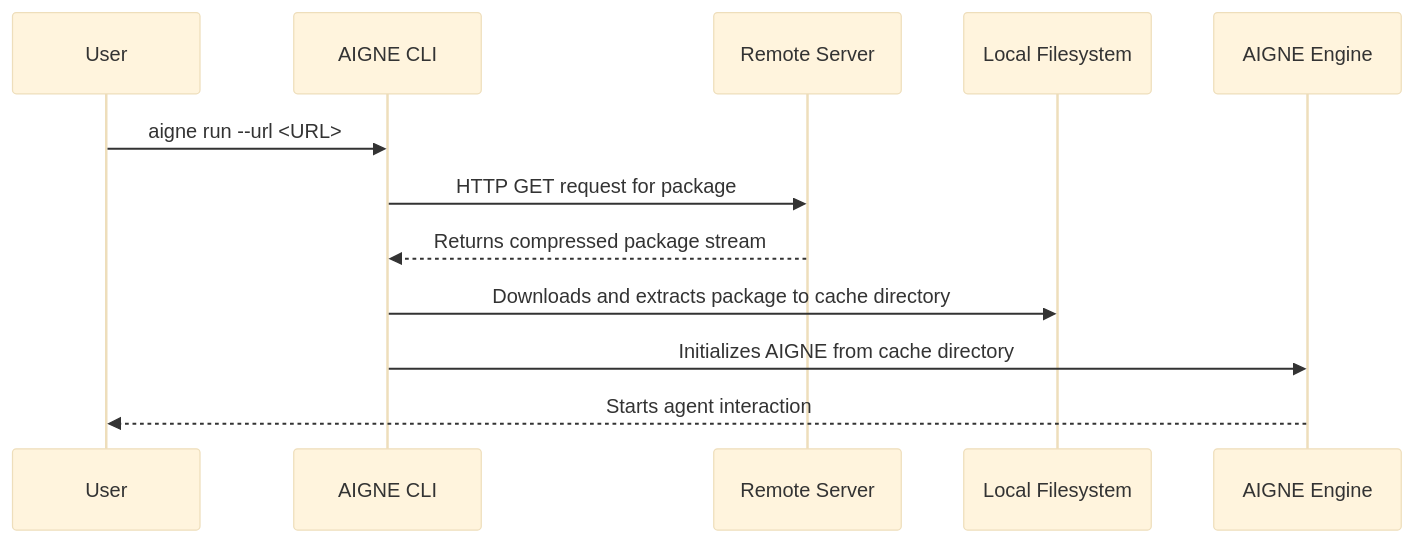
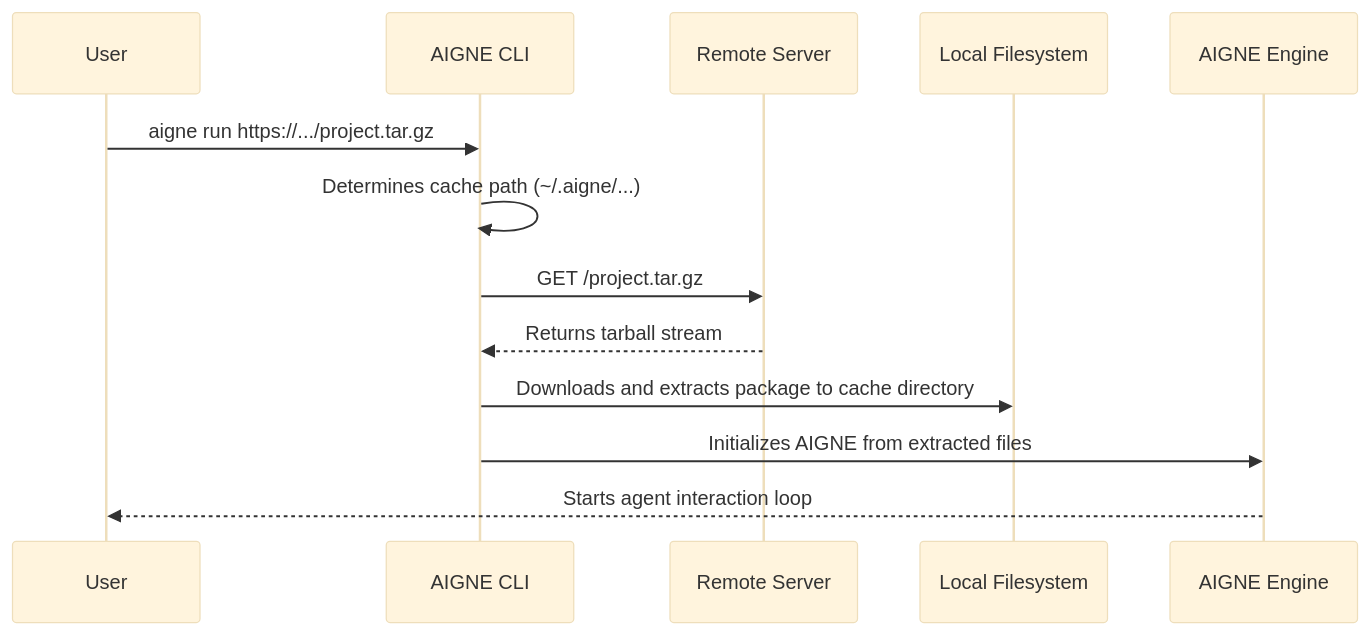
The diagram in packages/cli/docs/guides-running-remote-agents.md (AIGNE-io/aigne-framework), drawn with Mermaid (base theme) before and after one commit. The commit also changed other lines of this file and 39 other files, not shown here.

````diff
--- a/packages/cli/docs/guides-running-remote-agents.md
+++ b/packages/cli/docs/guides-running-remote-agents.md
@@ -28,15 +36,16 @@
 ```mermaid
 sequenceDiagram
     participant User
     participant AIGNE_CLI as AIGNE CLI
     participant RemoteServer as Remote Server
     participant FileSystem as Local Filesystem
     participant AIGNE_Engine as AIGNE Engine
 
-    User->>AIGNE_CLI: aigne run --url <URL>
-    AIGNE_CLI->>RemoteServer: HTTP GET request for package
-    RemoteServer-->>AIGNE_CLI: Returns compressed package stream
+    User->>AIGNE_CLI: aigne run https://.../project.tar.gz
+    AIGNE_CLI->>AIGNE_CLI: Determines cache path (~/.aigne/...)
+    AIGNE_CLI->>RemoteServer: GET /project.tar.gz
+    RemoteServer-->>AIGNE_CLI: Returns tarball stream
     AIGNE_CLI->>FileSystem: Downloads and extracts package to cache directory
-    AIGNE_CLI->>AIGNE_Engine: Initializes AIGNE from cache directory
-    AIGNE_Engine-->>User: Starts agent interaction
+    AIGNE_CLI->>AIGNE_Engine: Initializes AIGNE from extracted files
+    AIGNE_Engine-->>User: Starts agent interaction loop
 ```
````
